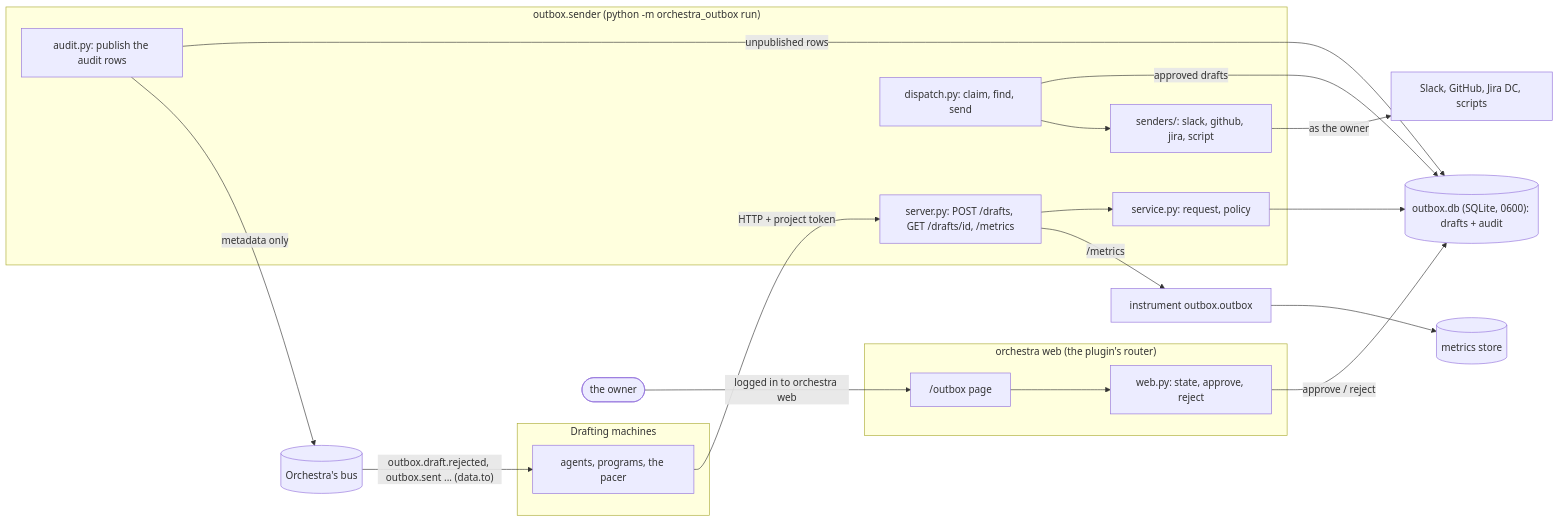
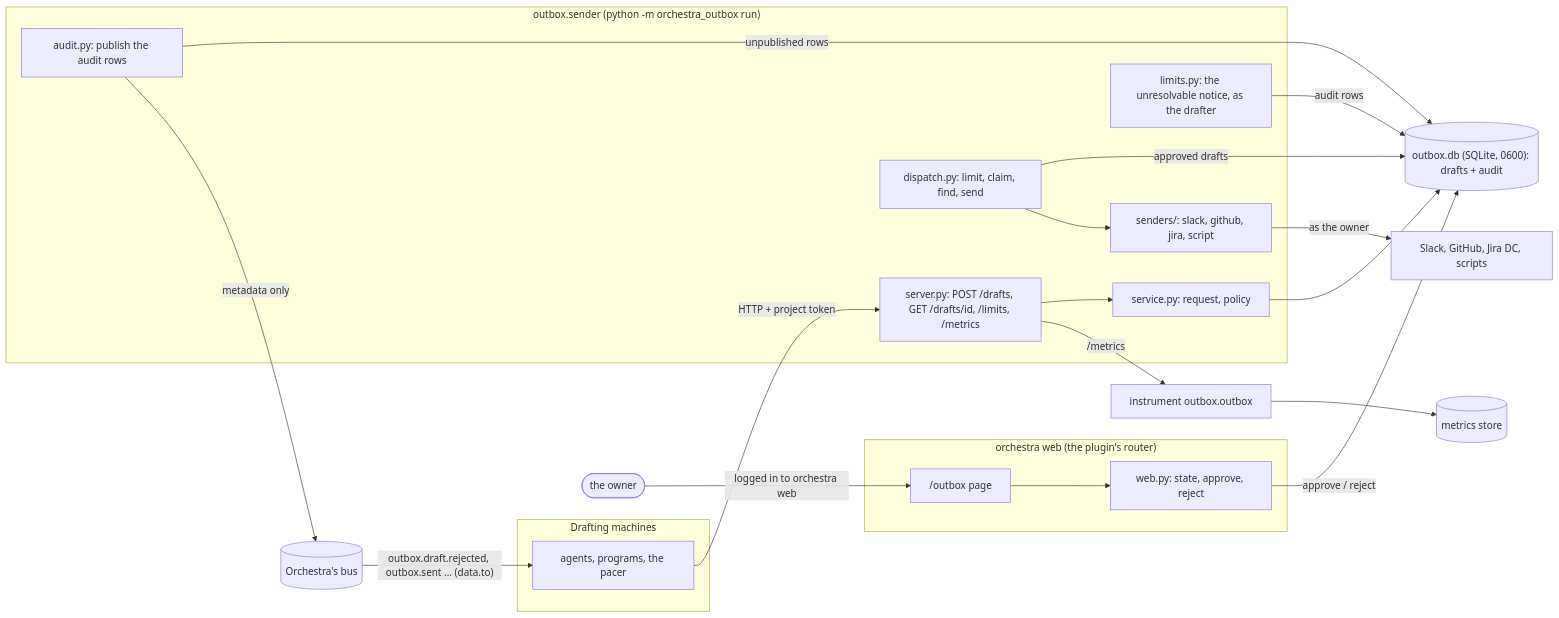
One commit to danroblewis/orchestra-outbox changed the first of 2 diagrams in ARCHITECTURE.md. Above: the diagram before and after it, drawn with Mermaid. The commit also changed other lines of this file and 37 other files, not shown here.

````diff
--- a/ARCHITECTURE.md
+++ b/ARCHITECTURE.md
@@ -7,31 +7,33 @@
 ```mermaid
 flowchart LR
     subgraph drafters["Drafting machines"]
         W["agents, programs, the pacer"]
     end
     subgraph machine["outbox.sender (python -m orchestra_outbox run)"]
-        API["server.py: POST /drafts, GET /drafts/id, /metrics"]
+        API["server.py: POST /drafts, GET /drafts/id, /limits, /metrics"]
         SVC["service.py: request, policy"]
-        DIS["dispatch.py: claim, find, send"]
+        DIS["dispatch.py: limit, claim, find, send"]
+        LIM["limits.py: the unresolvable notice, as the drafter"]
         AUD["audit.py: publish the audit rows"]
         SND["senders/: slack, github, jira, script"]
     end
     subgraph web["orchestra web (the plugin's router)"]
         PAGE["/outbox page"]
         WAPI["web.py: state, approve, reject"]
     end
     DB[("outbox.db (SQLite, 0600): drafts + audit")]
     BUS[("Orchestra's bus")]
     STORE[("metrics store")]
     EXT["Slack, GitHub, Jira DC, scripts"]
     OWNER(["the owner"])
 
     W -- "HTTP + project token" --> API --> SVC --> DB
     OWNER -- "logged in to orchestra web" --> PAGE --> WAPI -- "approve / reject" --> DB
     DIS -- "approved drafts" --> DB
     DIS --> SND -- "as the owner" --> EXT
+    LIM -- "audit rows" --> DB
     AUD -- "unpublished rows" --> DB
     AUD -- "metadata only" --> BUS
     BUS -- "outbox.draft.rejected, outbox.sent ... (data.to)" --> W
     API -- "/metrics" --> INSTR["instrument outbox.outbox"] --> STORE
 ```
````
